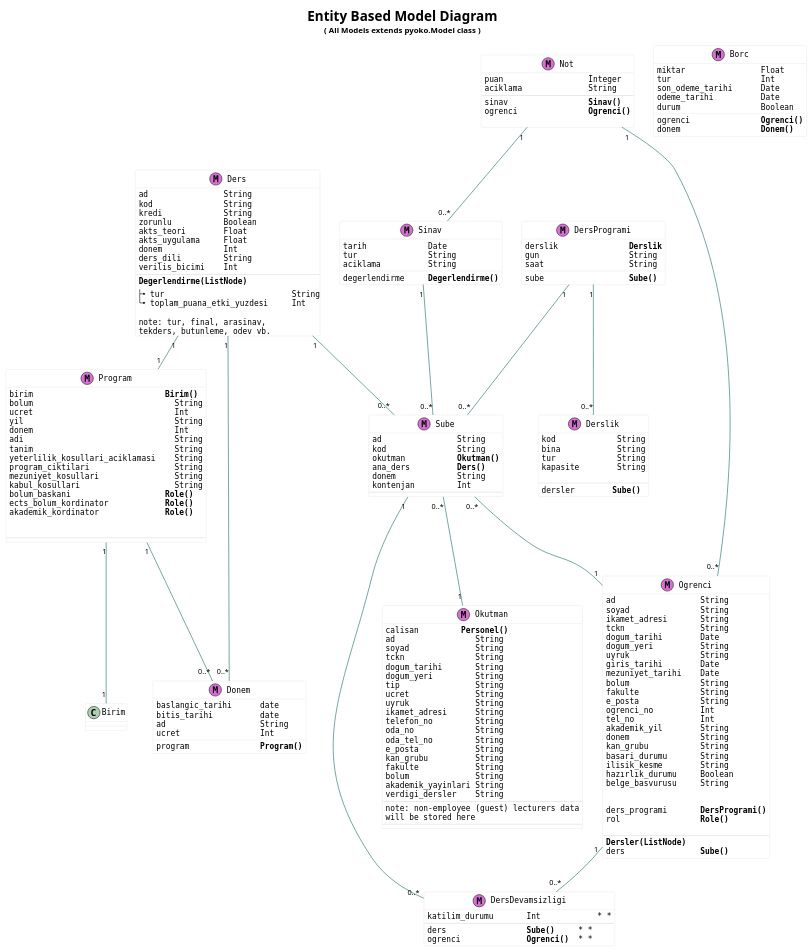
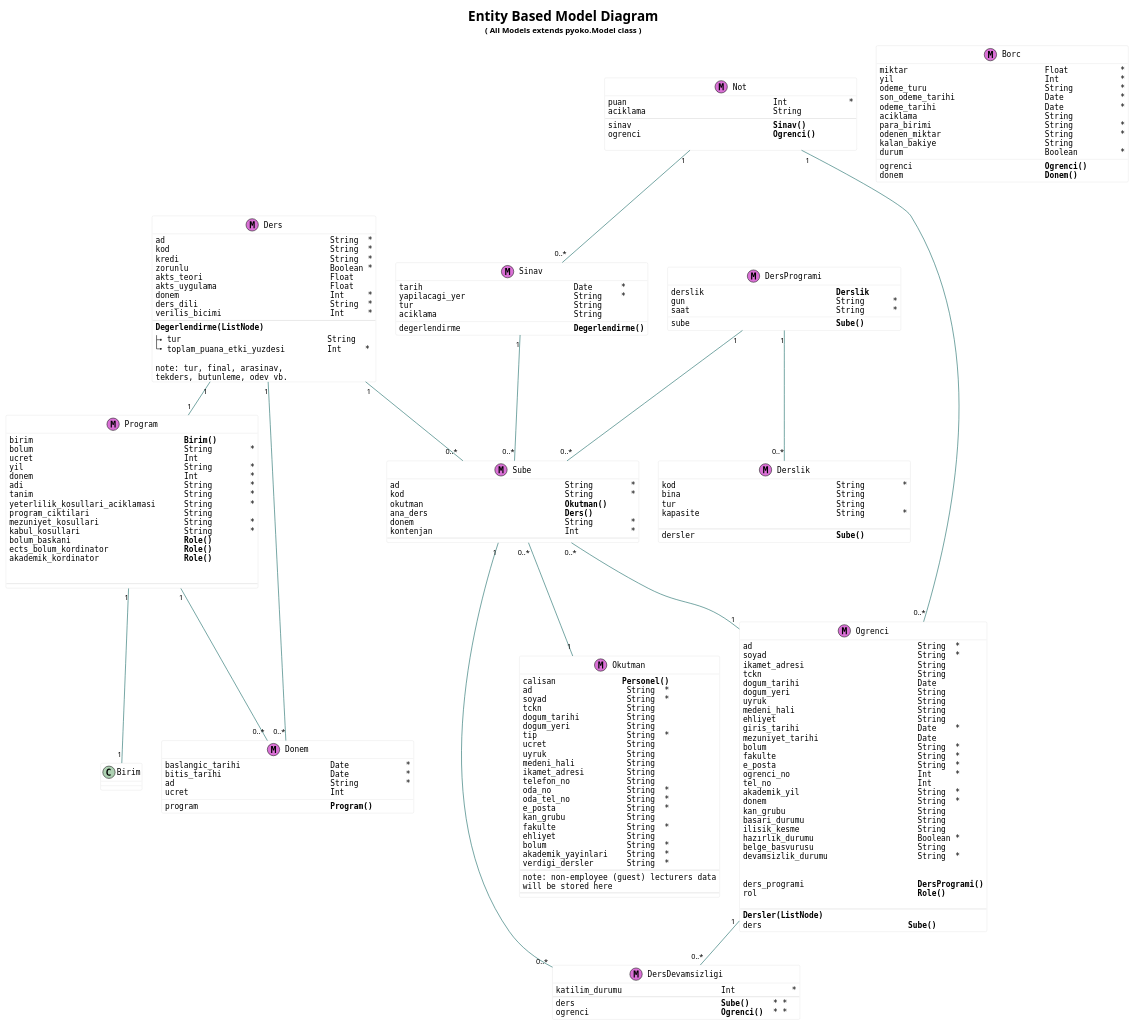
The diagram in source/diagrams/student-models.puml (zetaops/ulakbus.org), drawn with PlantUML before and after one commit.

Commit message:
modellere icerikler eklendi

```diff
--- a/source/diagrams/student-models.puml
+++ b/source/diagrams/student-models.puml
@@ -23,25 +23,27 @@
 
 
 class Okutman<<(M,orchid)>>{
-calisan         **Personel()**
-ad                 String
-soyad              String
-tckn               String
-dogum_tarihi       String
-dogum_yeri         String
-tip                String
-ucret              String
-uyruk              String
-ikamet_adresi      String
-telefon_no         String
-oda_no             String
-oda_tel_no         String
-e_posta            String
-kan_grubu          String
-fakulte            String
-bolum              String
-akademik_yayinlari String
-verdigi_dersler    String
+calisan              **Personel()**
+ad                    String  *
+soyad                 String  *
+tckn                  String
+dogum_tarihi          String
+dogum_yeri            String
+tip                   String  *
+ucret                 String
+uyruk                 String
+medeni_hali           String
+ikamet_adresi         String
+telefon_no            String
+oda_no                String  *
+oda_tel_no            String  *
+e_posta               String  *
+kan_grubu             String
+fakulte               String  *
+ehliyet               String
+bolum                 String  *
+akademik_yayinlari    String  *
+verdigi_dersler       String  *
 --
 note: non-employee (guest) lecturers data
 will be stored here
@@ -49,58 +51,58 @@
 }
 
 class Program<<(M,orchid)>>{
-birim                            **Birim()**
-bolum                              String
-ucret                              Int
-yil                                String
-donem                              Int
-adi                                String
-tanim                              String
-yeterlilik_kosullari_aciklamasi    String
-program_ciktilari                  String
-mezuniyet_kosullari                String
-kabul_kosullari                    String
-bolum_baskani                    **Role()**
-ects_bolum_kordinator            **Role()**
-akademik_kordinator              **Role()**
+birim                                **Birim()**
+bolum                                String        *
+ucret                                Int
+yil                                  String        *
+donem                                Int           *
+adi                                  String        *
+tanim                                String        *
+yeterlilik_kosullari_aciklamasi      String        *
+program_ciktilari                    String
+mezuniyet_kosullari                  String        *
+kabul_kosullari                      String        *
+bolum_baskani                        **Role()**
+ects_bolum_kordinator                **Role()**
+akademik_kordinator                  **Role()**
 
 
 --
 }
 class Derslik<<(M,orchid)>>{
-kod             String
-bina            String
-tur             String
-kapasite        String
+kod                                  String        *
+bina                                 String
+tur                                  String
+kapasite                             String        *
 
 --
-dersler        **Sube()**
+dersler                              **Sube()**
 }
 
 class Sube<<(M,orchid)>>{
-ad                String
-kod               String
-okutman           **Okutman()**
-ana_ders          **Ders()**
-donem             String
-kontenjan         Int
+ad                                   String        *
+kod                                  String        *
+okutman                              **Okutman()**
+ana_ders                             **Ders()**
+donem                                String        *
+kontenjan                            Int           *
 --
 }
 
 class Ders<<(M,orchid)>>{
-ad                String
-kod               String
-kredi             String
-zorunlu           Boolean
-akts_teori        Float
-akts_uygulama     Float
-donem             Int
-ders_dili         String
-verilis_bicimi    Int
+ad                                   String  *
+kod                                  String  *
+kredi                                String  *
+zorunlu                              Boolean *
+akts_teori                           Float
+akts_uygulama                        Float
+donem                                Int     *
+ders_dili                            String  *
+verilis_bicimi                       Int     *
 --
 **Degerlendirme(ListNode)**
-|_ tur                           String
-|_ toplam_puana_etki_yuzdesi     Int
+|_ tur                               String
+|_ toplam_puana_etki_yuzdesi         Int     *
 
 note: tur, final, arasinav,
 tekders, butunleme, odev vb.
@@ -108,85 +110,94 @@
 
 
 class Sinav <<(M,orchid)>> {
-tarih             Date
-tur               String
-aciklama          String
-degerlendirme     **Degerlendirme()**
+tarih                                Date      *
+yapilacagi_yer                       String    *
+tur                                  String
+aciklama                             String
+degerlendirme                        **Degerlendirme()**
 }
 
 
 class Ogrenci <<(M,orchid)>> {
-ad                  String
-soyad               String
-ikamet_adresi       String
-tckn                String
-dogum_tarihi        Date
-dogum_yeri          String
-uyruk               String
-giris_tarihi        Date
-mezuniyet_tarihi    Date
-bolum               String
-fakulte             String
-e_posta             String
-ogrenci_no          Int
-tel_no              Int
-akademik_yil        String
-donem               String
-kan_grubu           String
-basari_durumu       String
-ilisik_kesme        String
-hazırlık_durumu     Boolean
-belge_basvurusu     String
+ad                                   String  *
+soyad                                String  *
+ikamet_adresi                        String
+tckn                                 String
+dogum_tarihi                         Date
+dogum_yeri                           String
+uyruk                                String
+medeni_hali                          String
+ehliyet                              String
+giris_tarihi                         Date    *
+mezuniyet_tarihi                     Date
+bolum                                String  *
+fakulte                              String  *
+e_posta                              String  *
+ogrenci_no                           Int     *
+tel_no                               Int
+akademik_yil                         String  *
+donem                                String  *
+kan_grubu                            String
+basari_durumu                        String
+ilisik_kesme                         String
+hazırlık_durumu                      Boolean *
+belge_basvurusu                      String
+devamsizlik_durumu                   String  *
 
 
-ders_programi       **DersProgrami()**
-rol                 **Role()**
+ders_programi                        **DersProgrami()**
+rol                                  **Role()**
 
 --
 **Dersler(ListNode)**
-ders                **Sube()**
+ders                               **Sube()**
 }
 
 class DersProgrami<<(M,orchid)>> {
-sube                  **Sube()**
-derslik               **Derslik**
-gun                   String
-saat                  String
+sube                               **Sube()**
+derslik                            **Derslik**
+gun                                String      *
+saat                               String      *
 }
 
 
 class DersDevamsizligi <<(M,orchid)>> {
-katilim_durumu       Int            * *
+katilim_durumu                     Int            *
 --
-ders                 **Sube()**     * *
-ogrenci              **Ogrenci()**  * *
+ders                               **Sube()**     * *
+ogrenci                            **Ogrenci()**  * *
 }
 
 class Borc <<(M,orchid)>> {
-miktar                Float
-tur                   Int
-ogrenci               **Ogrenci()**
-donem                 **Donem()**
-son_odeme_tarihi      Date
-odeme_tarihi          Date
-durum                 Boolean
+miktar                             Float           *
+yil                                Int             *
+odeme_turu                         String          *
+ogrenci                            **Ogrenci()**
+donem                              **Donem()**
+son_odeme_tarihi                   Date            *
+odeme_tarihi                       Date            *
+aciklama                           String
+para_birimi                        String          *
+odenen_miktar                      String          *
+kalan_bakiye                       String
+durum                              Boolean         *
 }
 
 class Not <<(M,orchid)>> {
-puan                  Integer
-aciklama              String
+puan                               Int             *
+aciklama                           String
 --
-sinav                 **Sinav()**
-ogrenci               **Ogrenci()**
+sinav                              **Sinav()**
+ogrenci                            **Ogrenci()**
 
 }
 
 class Donem <<(M,orchid)>> {
-baslangic_tarihi      date
-bitis_tarihi          date
-ad                    String
-ucret                 Int
-program               **Program()**
+baslangic_tarihi                   Date            *
+bitis_tarihi                       Date            *
+ad                                 String          *
+ucret                              Int
+program                            **Program()**
 }
 
 
```
